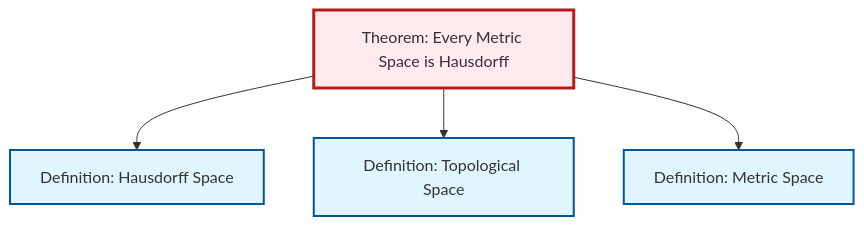
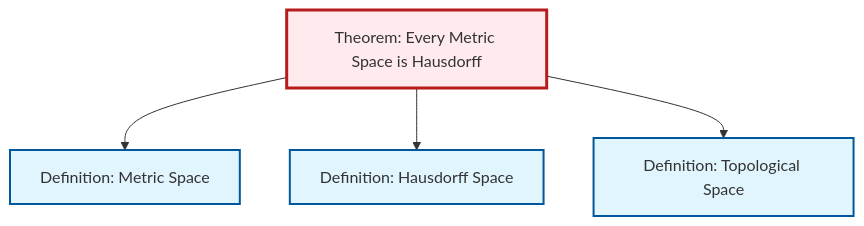
The diagram in content/en/topology/thm-metric-hausdorff.qmd (RK0429/ModernMath), drawn with Mermaid before and after one commit. The commit also changed other lines of this file and 417 other files, not shown here.

````diff
--- a/content/en/topology/thm-metric-hausdorff.qmd
+++ b/content/en/topology/thm-metric-hausdorff.qmd
@@ -62,20 +62,20 @@
 ```{mermaid}
 %%| fig-cap: "Local dependency graph"
 graph TD
     classDef definition fill:#e1f5fe,stroke:#01579b,stroke-width:2px
     classDef theorem fill:#f3e5f5,stroke:#4a148c,stroke-width:2px
     classDef axiom fill:#fff3e0,stroke:#e65100,stroke-width:2px
     classDef example fill:#e8f5e9,stroke:#1b5e20,stroke-width:2px
     classDef current fill:#ffebee,stroke:#b71c1c,stroke-width:3px
+    def-hausdorff["Definition: Hausdorff Space"]:::definition
     thm-metric-hausdorff["Theorem: Every Metric Space is Hausdorff"]:::theorem
     def-topological-space["Definition: Topological Space"]:::definition
-    def-hausdorff["Definition: Hausdorff Space"]:::definition
     def-metric-space["Definition: Metric Space"]:::definition
+    thm-metric-hausdorff --> def-metric-space
     thm-metric-hausdorff --> def-hausdorff
     thm-metric-hausdorff --> def-topological-space
-    thm-metric-hausdorff --> def-metric-space
     class thm-metric-hausdorff current
+    click def-hausdorff "def-hausdorff.html" "Go to Hausdorff Space definition"
     click def-topological-space "def-topological-space.html" "Go to Topological Space definition"
-    click def-hausdorff "def-hausdorff.html" "Go to Hausdorff Space definition"
     click def-metric-space "def-metric-space.html" "Go to Metric Space definition"
 ```
````
